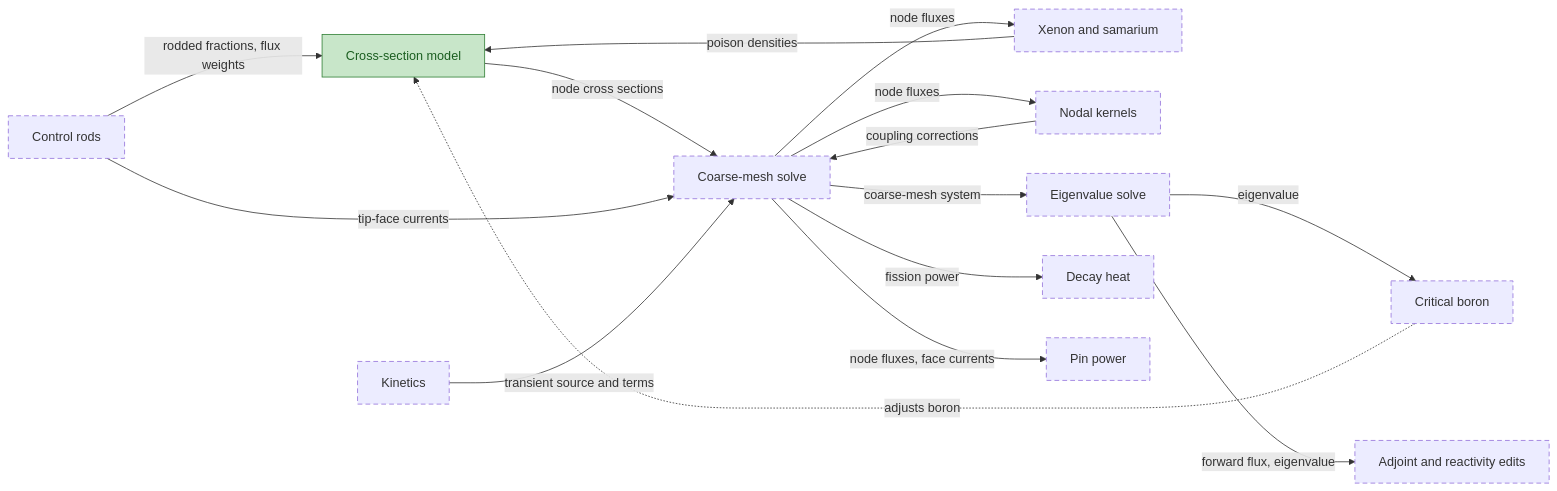
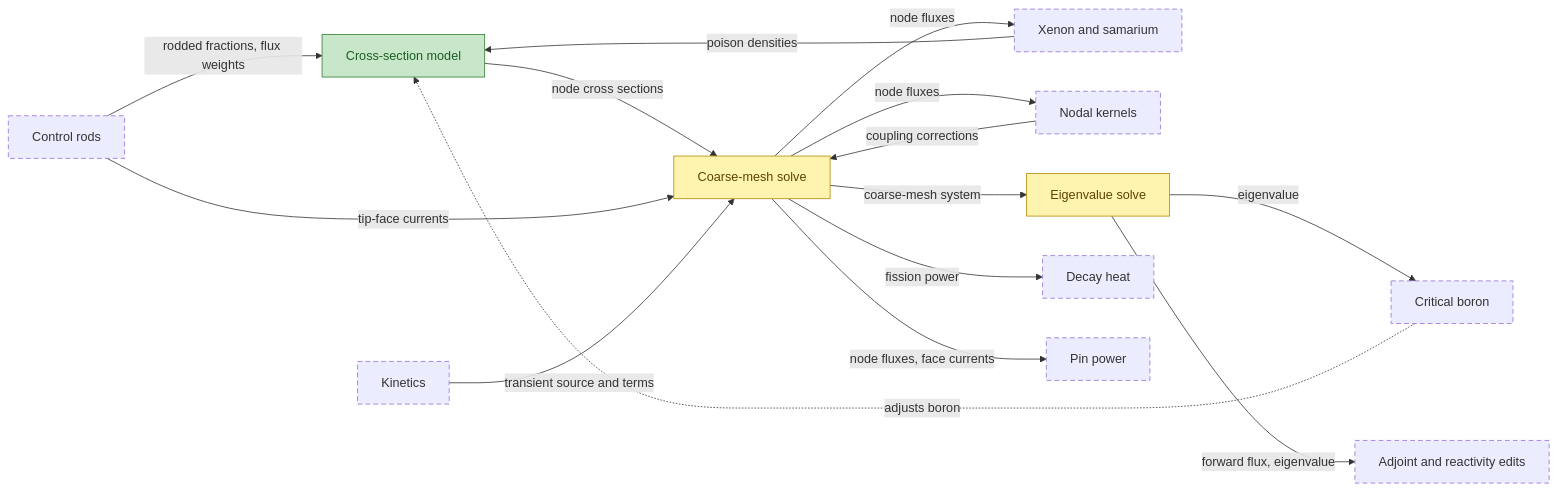
The fifth of 15 diagrams in Planning/DBC/CONCEPTS.md (aurja130/URUS), drawn with Mermaid before and after one commit. The commit also changed other lines of this file and 5 other files, not shown here.

````diff
--- a/Planning/DBC/CONCEPTS.md
+++ b/Planning/DBC/CONCEPTS.md
@@ -134,23 +134,24 @@
 ```mermaid
 flowchart LR
 classDef implemented fill:#c8e6c9,stroke:#2e7d32,color:#1b5e20
 classDef partial fill:#fff3b0,stroke:#b58900,color:#5c4400
 classDef planned stroke-dasharray:6 4
 classDef external fill:#eeeeee,stroke:#9e9e9e,stroke-dasharray:1 3,color:#616161
 ControlRods["Control rods"] -->|rodded fractions, flux weights| CrossSectionModel["Cross-section model"]
 XenonSamarium["Xenon and samarium"] -->|poison densities| CrossSectionModel
 CrossSectionModel -->|node cross sections| CmfdSolve["Coarse-mesh solve"]
 NodalKernels["Nodal kernels"] -->|coupling corrections| CmfdSolve
 CmfdSolve -->|node fluxes| NodalKernels
 ControlRods -->|tip-face currents| CmfdSolve
 CmfdSolve -->|coarse-mesh system| EigenvalueSolve["Eigenvalue solve"]
 EigenvalueSolve -->|eigenvalue| CriticalBoron["Critical boron"]
 CriticalBoron -.->|adjusts boron| CrossSectionModel
 EigenvalueSolve -->|forward flux, eigenvalue| AdjointEdits["Adjoint and reactivity edits"]
 Kinetics["Kinetics"] -->|transient source and terms| CmfdSolve
 CmfdSolve -->|node fluxes| XenonSamarium
 CmfdSolve -->|fission power| DecayHeat["Decay heat"]
 CmfdSolve -->|node fluxes, face currents| PinPower["Pin power"]
-class ControlRods,XenonSamarium,CmfdSolve,NodalKernels,EigenvalueSolve,CriticalBoron,AdjointEdits,Kinetics,DecayHeat,PinPower planned
+class ControlRods,XenonSamarium,NodalKernels,CriticalBoron,AdjointEdits,Kinetics,DecayHeat,PinPower planned
 class CrossSectionModel implemented
+class CmfdSolve,EigenvalueSolve partial
 ```
````
